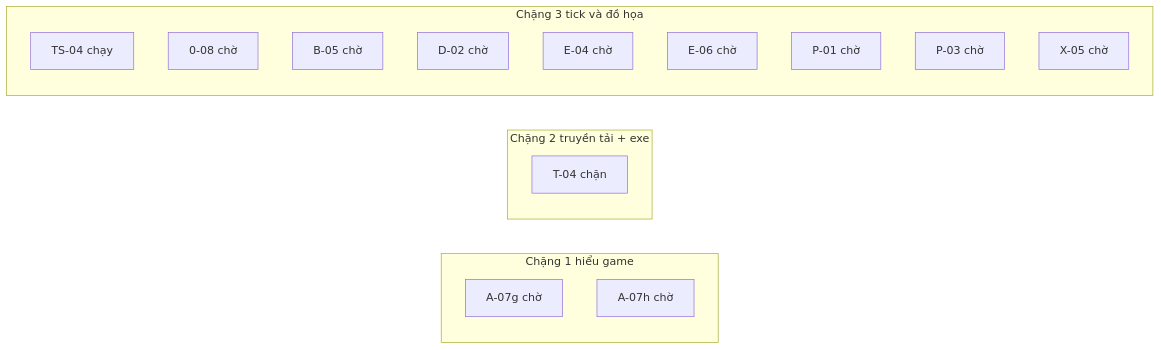
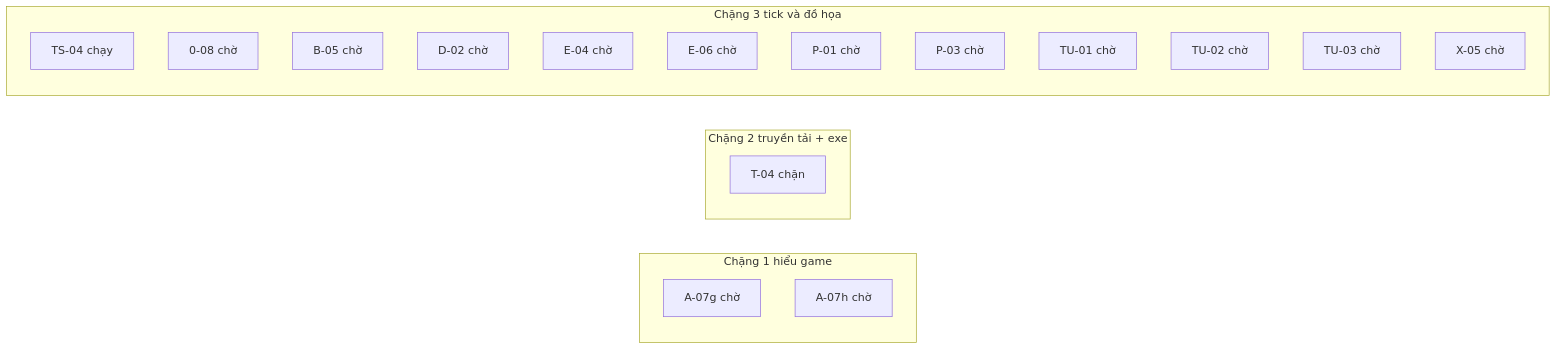
The diagram in JX1_OPS/STATE/TIEN-DO.md (ndtangoss-dev/jx1-reports), drawn with Mermaid before and after one commit. The commit also changed other lines of this file and 4 other files, not shown here.

````diff
--- a/JX1_OPS/STATE/TIEN-DO.md
+++ b/JX1_OPS/STATE/TIEN-DO.md
@@ -9,21 +9,24 @@
 ```mermaid
 flowchart LR
   subgraph S1["Chặng 1 hiểu game"]
     A_07g["A-07g chờ"]
     A_07h["A-07h chờ"]
   end
   subgraph S2["Chặng 2 truyền tải + exe"]
     T_04["T-04 chặn"]
   end
   subgraph S3["Chặng 3 tick và đồ họa"]
     TS_04["TS-04 chạy"]
     0_08["0-08 chờ"]
     B_05["B-05 chờ"]
     D_02["D-02 chờ"]
     E_04["E-04 chờ"]
     E_06["E-06 chờ"]
     P_01["P-01 chờ"]
     P_03["P-03 chờ"]
+    TU_01["TU-01 chờ"]
+    TU_02["TU-02 chờ"]
+    TU_03["TU-03 chờ"]
     X_05["X-05 chờ"]
   end
 ```
````
